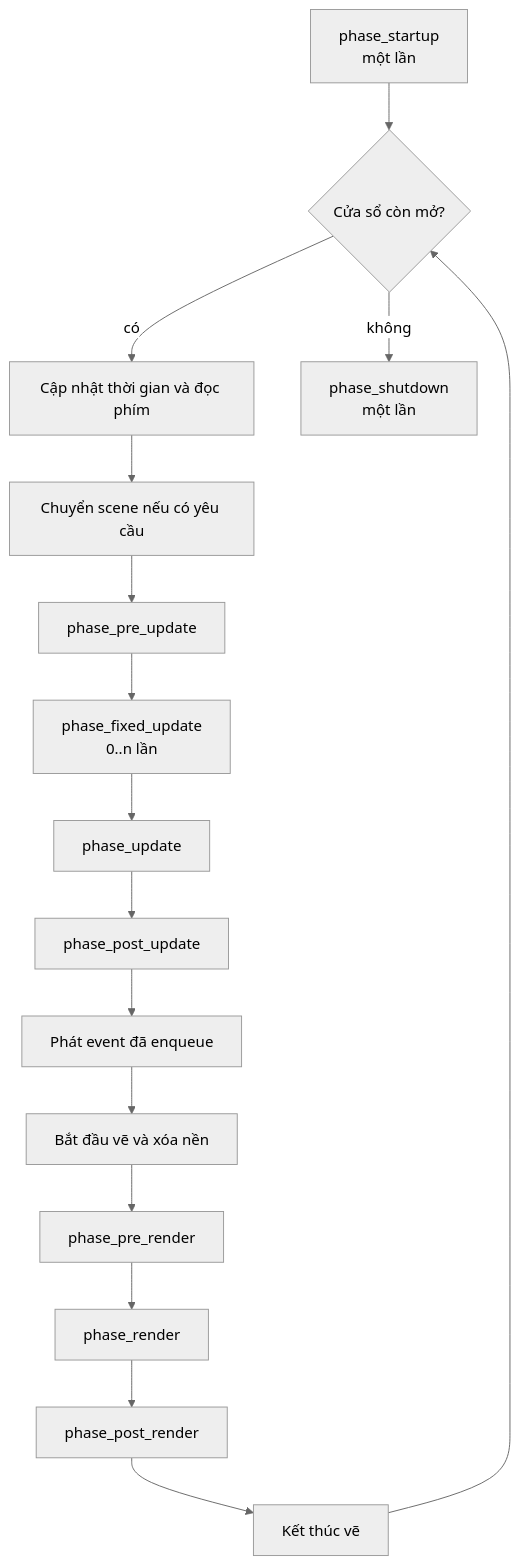
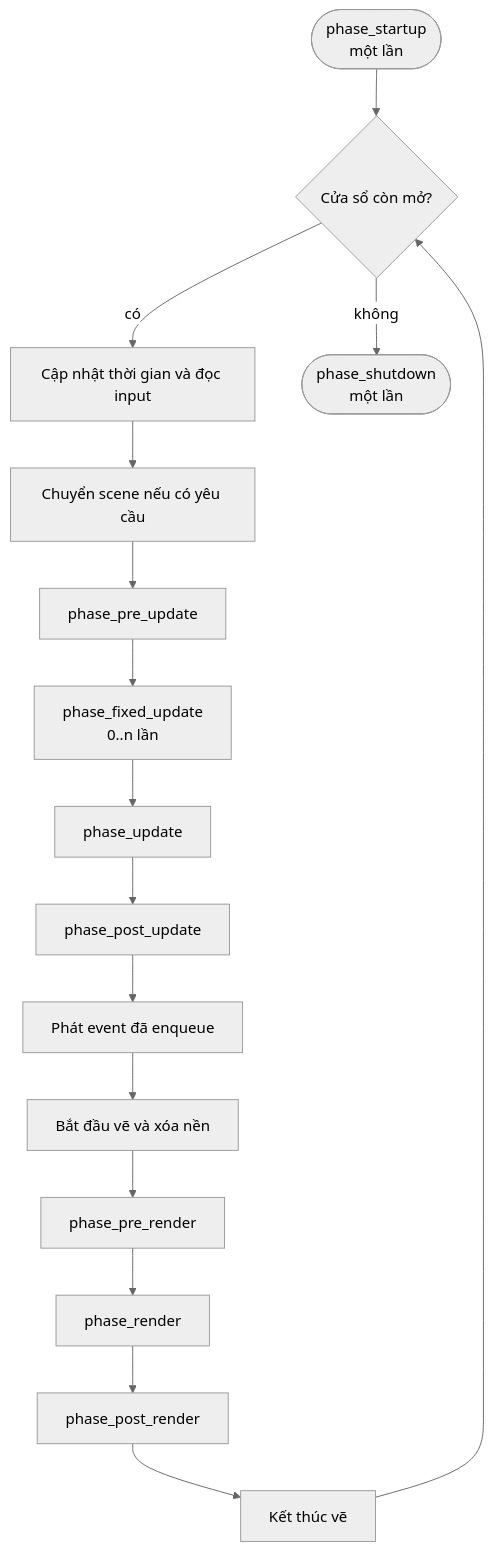
The diagram in docs/pages/game_loop.md (tptindev/njin), drawn with Mermaid (neutral theme) before and after one commit. The commit also changed 5 other files, not shown here.

First line of the commit message:
Colour the wiki diagrams and follow the page's light/dark mode

````diff
--- a/docs/pages/game_loop.md
+++ b/docs/pages/game_loop.md
@@ -5,18 +5,18 @@
 ```mermaid
 flowchart TD
-  S[phase_startup<br/>một lần] --> L{Cửa sổ còn mở?}
-  L -- có --> T[Cập nhật thời gian và đọc phím]
-  T --> SC[Chuyển scene nếu có yêu cầu]
-  SC --> U1[phase_pre_update]
-  U1 --> FX[phase_fixed_update<br/>0..n lần]
-  FX --> U2[phase_update]
-  U2 --> U3[phase_post_update]
-  U3 --> E[Phát event đã enqueue]
-  E --> B[Bắt đầu vẽ và xóa nền]
-  B --> R1[phase_pre_render]
-  R1 --> R2[phase_render]
-  R2 --> R3[phase_post_render]
-  R3 --> X[Kết thúc vẽ]
+  S([phase_startup<br/>một lần]):::once --> L{Cửa sổ còn mở?}:::decide
+  L -- có --> T[Cập nhật thời gian và đọc input]:::engine
+  T --> SC[Chuyển scene nếu có yêu cầu]:::engine
+  SC --> U1[phase_pre_update]:::update
+  U1 --> FX[phase_fixed_update<br/>0..n lần]:::fixed
+  FX --> U2[phase_update]:::update
+  U2 --> U3[phase_post_update]:::update
+  U3 --> E[Phát event đã enqueue]:::engine
+  E --> B[Bắt đầu vẽ và xóa nền]:::engine
+  B --> R1[phase_pre_render]:::render
+  R1 --> R2[phase_render]:::render
+  R2 --> R3[phase_post_render]:::render
+  R3 --> X[Kết thúc vẽ]:::engine
   X --> L
-  L -- không --> D[phase_shutdown<br/>một lần]
+  L -- không --> D([phase_shutdown<br/>một lần]):::once
 ```
````
